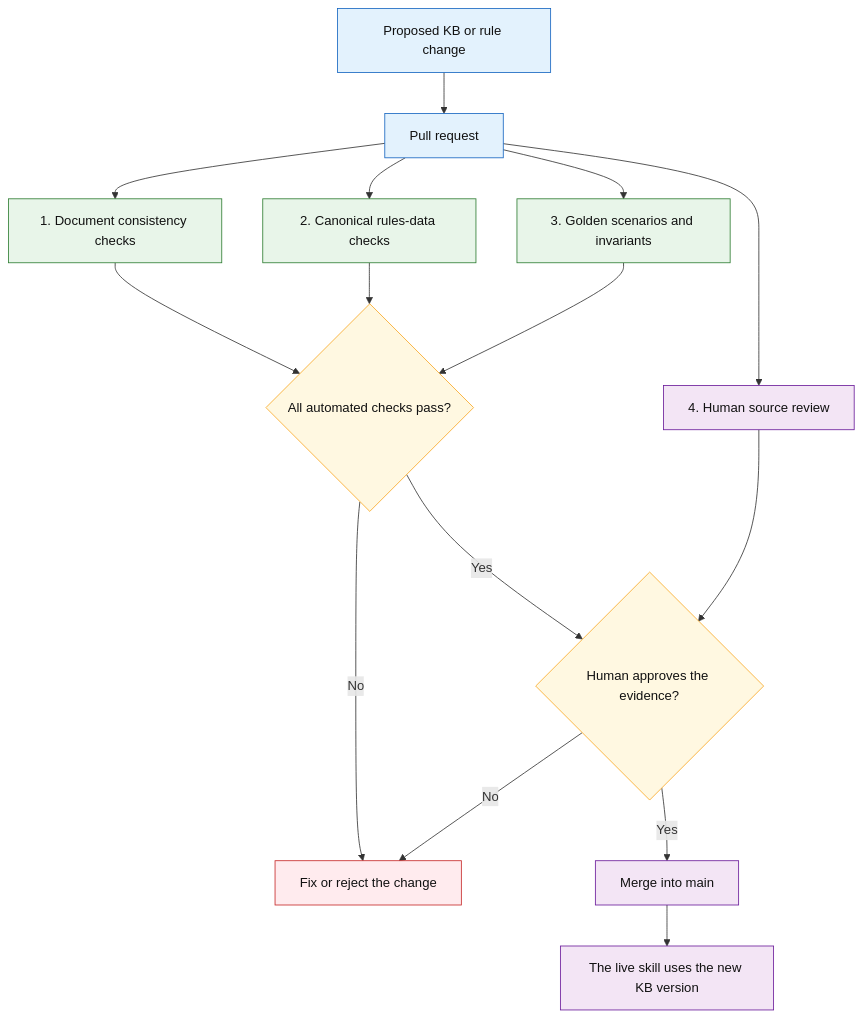
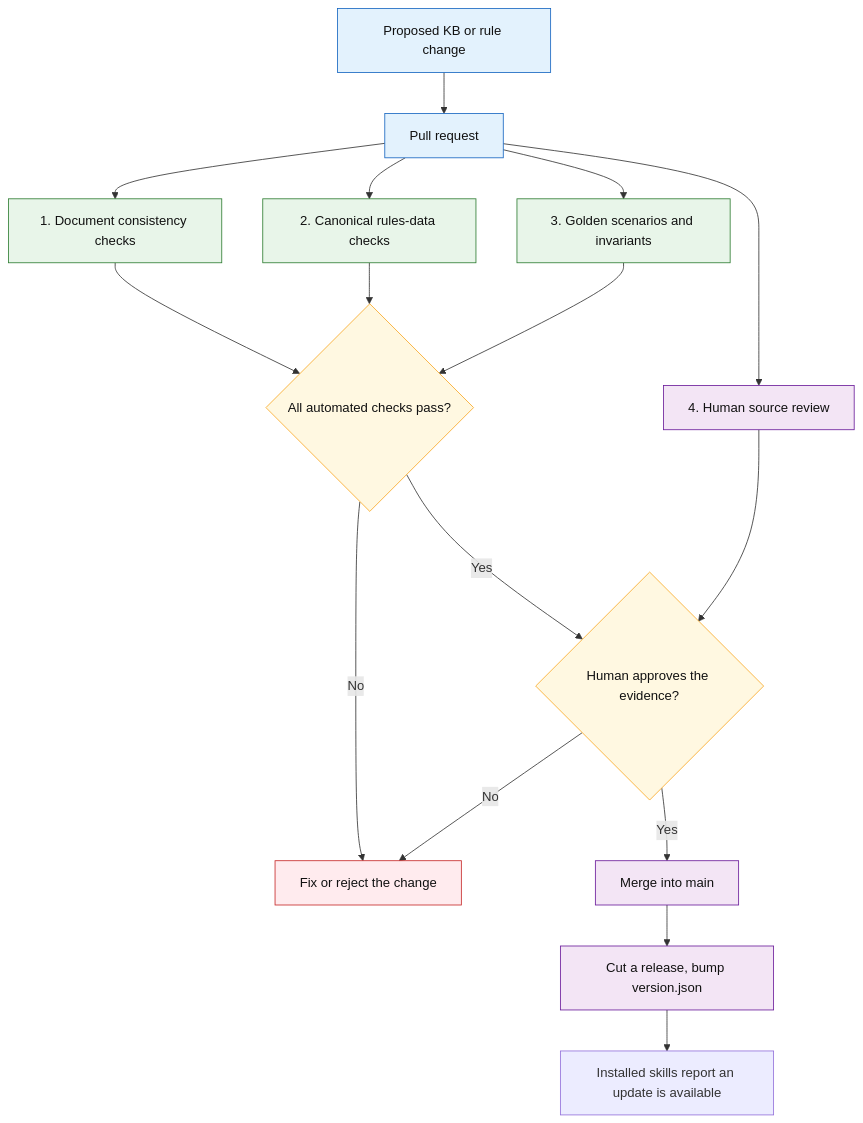
The fourth of 6 diagrams in docs/sql-migration-advisor-developer-pitch.md (fredgis/sql-migration-advisor), drawn with Mermaid before and after one commit. The commit also changed other lines of this file and 3 other files, not shown here.

````diff
--- a/docs/sql-migration-advisor-developer-pitch.md
+++ b/docs/sql-migration-advisor-developer-pitch.md
@@ -464,32 +475,33 @@
 ```mermaid
 flowchart TD
     A[Proposed KB or rule change] --> B[Pull request]
 
     B --> C[1. Document consistency checks]
     B --> D[2. Canonical rules-data checks]
     B --> E[3. Golden scenarios and invariants]
     B --> F[4. Human source review]
 
     C --> G{All automated checks pass?}
     D --> G
     E --> G
 
     G -- No --> H[Fix or reject the change]
     G -- Yes --> I{Human approves the evidence?}
 
     F --> I
     I -- No --> H
     I -- Yes --> J[Merge into main]
-    J --> K[The live skill uses the new KB version]
+    J --> K[Cut a release, bump version.json]
+    K --> L[Installed skills report an update is available]
 
     classDef entry fill:#e3f2fd,stroke:#1565c0,color:#111
     classDef auto fill:#e8f5e9,stroke:#2e7d32,color:#111
     classDef ask fill:#fff8e1,stroke:#f9a825,color:#111
     classDef stop fill:#ffebee,stroke:#c62828,color:#111
     classDef human fill:#f3e5f5,stroke:#6a1b9a,color:#111
     class A,B entry
     class C,D,E auto
     class G,I ask
     class H stop
     class F,J,K human
 ```
````
